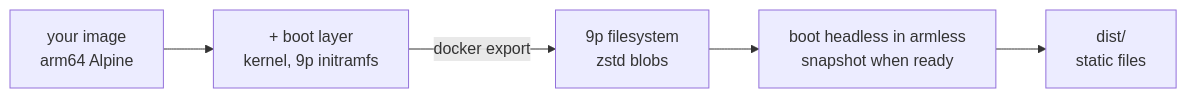
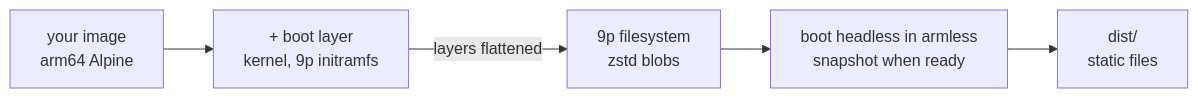
One commit to filipecabaco/snowglobe changed the diagram in README.md. Above: the diagram before and after it, drawn with Mermaid. The commit also changed other lines of this file and 15 other files, not shown here.

````diff
--- a/README.md
+++ b/README.md
@@ -674,7 +676,7 @@
 ```mermaid
 flowchart LR
     I[your image<br/>arm64 Alpine] --> B[+ boot layer<br/>kernel, 9p initramfs]
-    B -->|docker export| C[9p filesystem<br/>zstd blobs]
+    B -->|layers flattened| C[9p filesystem<br/>zstd blobs]
     C --> S[boot headless in armless<br/>snapshot when ready]
     S --> D[dist/<br/>static files]
 ```
````
